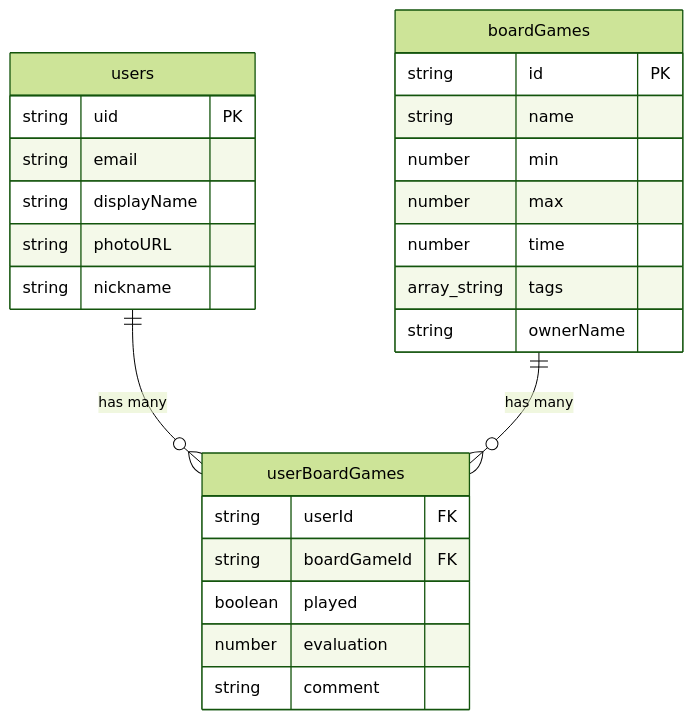
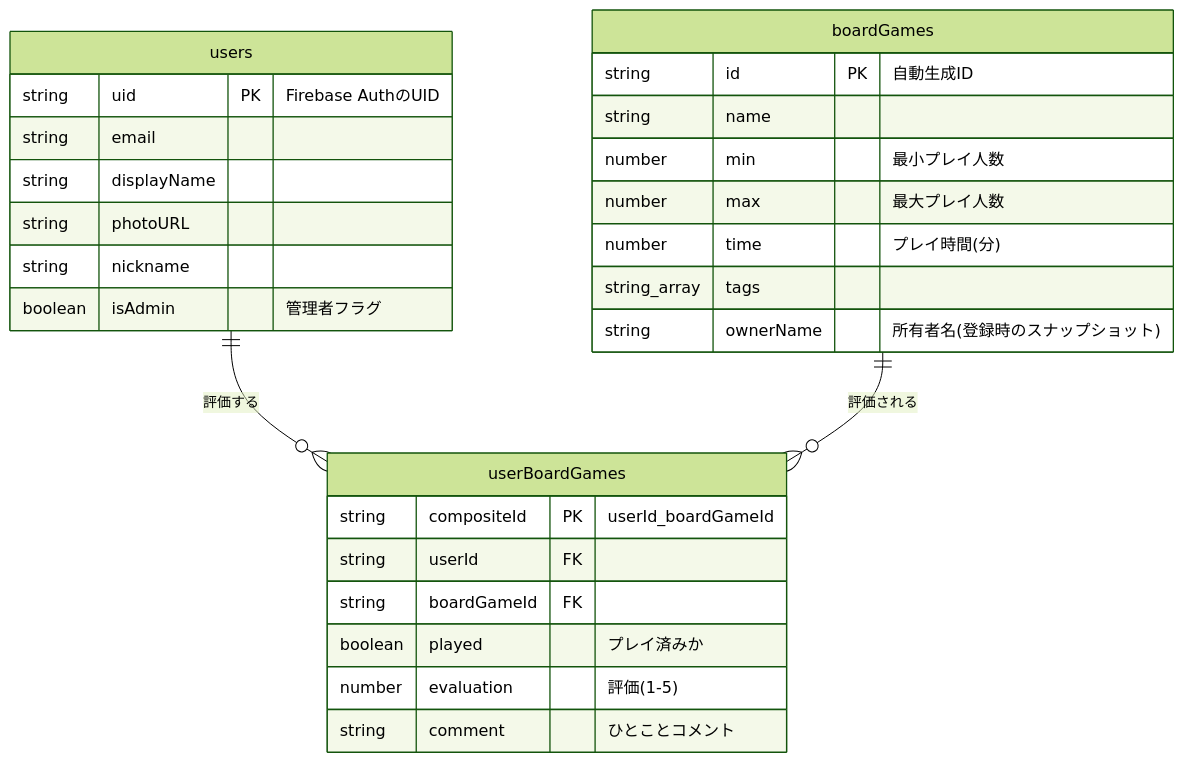
One commit to t-kajimoto/bg-manager changed the diagram in document/database-design-document.md. Above: the diagram before and after it, drawn with Mermaid (forest theme). The commit also changed other lines of this file and 7 other files, not shown here.

````diff
--- a/document/database-design-document.md
+++ b/document/database-design-document.md
@@ -74,31 +16,33 @@
 ```mermaid
 erDiagram
     users {
-        string uid PK
+        string uid PK "Firebase AuthのUID"
         string email
         string displayName
         string photoURL
         string nickname
+        boolean isAdmin "管理者フラグ"
     }
 
     boardGames {
-        string id PK
+        string id PK "自動生成ID"
         string name
-        number min
-        number max
-        number time
-        array_string tags
-        string ownerName
+        number min "最小プレイ人数"
+        number max "最大プレイ人数"
+        number time "プレイ時間(分)"
+        string_array tags
+        string ownerName "所有者名(登録時のスナップショット)"
     }
 
     userBoardGames {
+        string compositeId PK "userId_boardGameId"
         string userId FK
         string boardGameId FK
-        boolean played
-        number evaluation
-        string comment
+        boolean played "プレイ済みか"
+        number evaluation "評価(1-5)"
+        string comment "ひとことコメント"
     }
 
-    users ||--o{ userBoardGames : "has many"
-    boardGames ||--o{ userBoardGames : "has many"
+    users ||--o{ userBoardGames : "評価する"
+    boardGames ||--o{ userBoardGames : "評価される"
 ```
````
